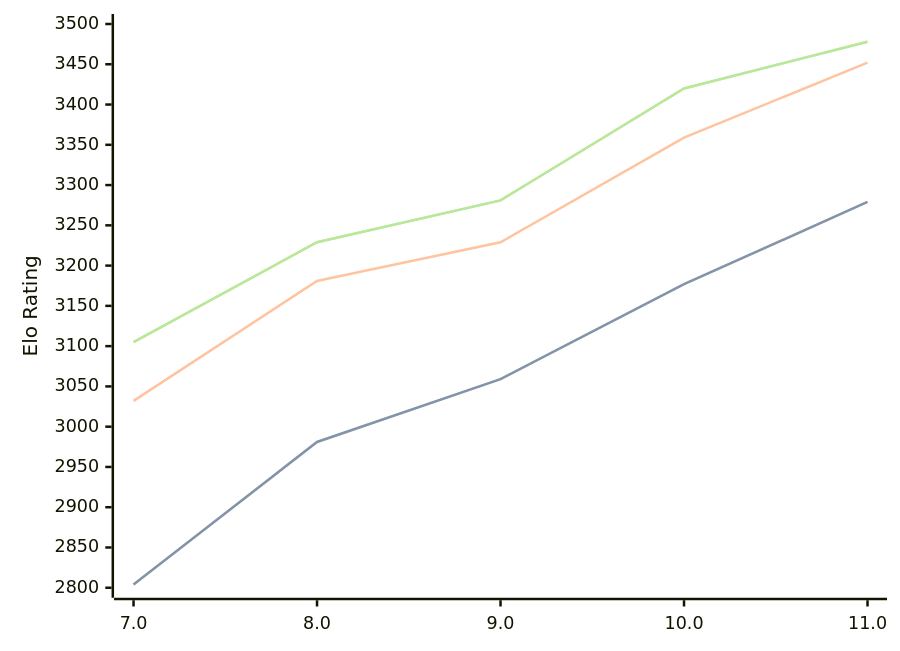
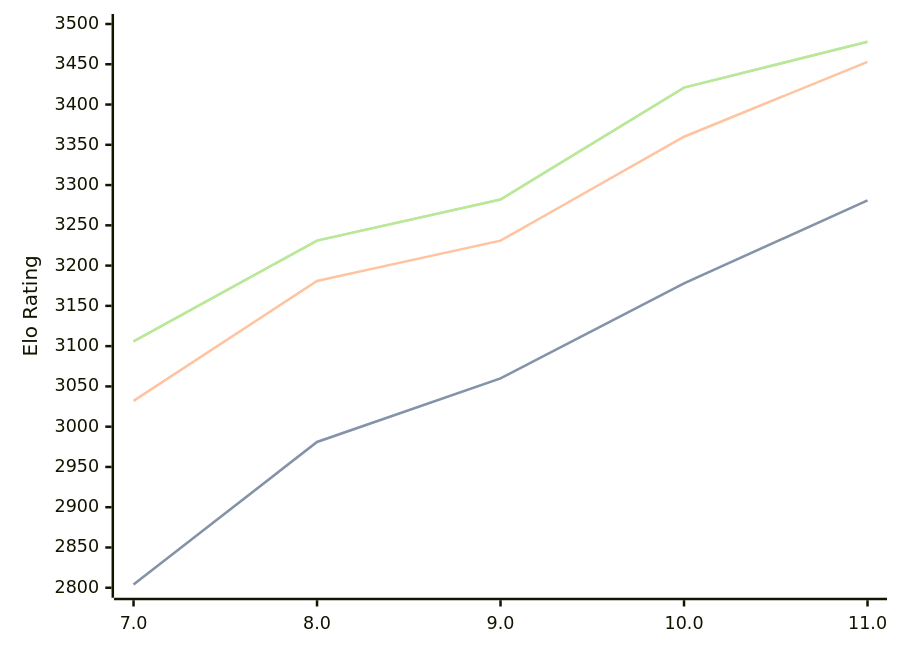
Before and after one commit to computer-chess-index/cci: the diagram in engines/Tcheran.md, drawn with Mermaid. The commit also changed other lines of this file, not shown here.

Commit message:
Update CCI Ratings (ELO VLTC) - 2026-04-24

````diff
--- a/engines/Tcheran.md
+++ b/engines/Tcheran.md
@@ -49,11 +49,11 @@
 ```mermaid
 %%{init: {"theme":"base","themeVariables":{"seriesColors:['#a3a3a3','#222221','#faa371']}}}%%
 xychart-beta
   x-axis ["7.0", "8.0", "9.0", "10.0", "11.0"]
   y-axis "Elo Rating" 2800 --> 3500
-  line "STC (8.0+0.08s)" [2804, 2981, 3059, 3177, 3279]
-  line "STC (8.0+0.08s)" [2804, 2981, 3059, 3177, 3279]
-  line "LTC (60.0+0.60s)" [3032, 3181, 3229, 3359, 3452]
-  line "VLTC (2m24s+1.12s)" [3105, 3229, 3281, 3420, 3478]
-  line "VLTC (2m24s+1.12s)" [3105, 3229, 3281, 3420, 3478]
+  line "STC (8.0+0.08s)" [2804, 2981, 3060, 3178, 3281]
+  line "STC (8.0+0.08s)" [2804, 2981, 3060, 3178, 3281]
+  line "LTC (60.0+0.60s)" [3032, 3181, 3231, 3360, 3453]
+  line "VLTC (2m24s+1.12s)" [3106, 3231, 3282, 3421, 3478]
+  line "VLTC (2m24s+1.12s)" [3106, 3231, 3282, 3421, 3478]
 ```
````
